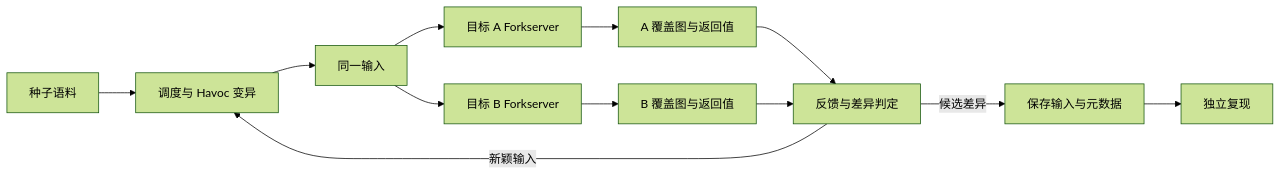
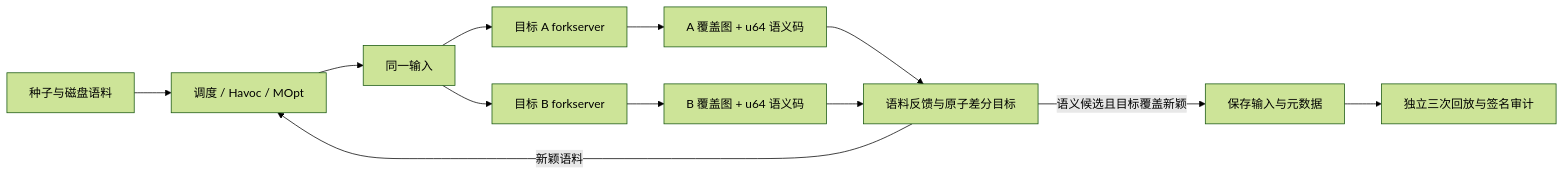
The diagram in README.md (jiuhao47/PairFuzz), drawn with Mermaid (forest theme) before and after one commit. The commit also changed other lines of this file, not shown here.

````diff
--- a/README.md
+++ b/README.md
@@ -57,14 +89,14 @@
 ```mermaid
 flowchart LR
-    A[种子语料] --> B[调度与 Havoc 变异]
+    A[种子与磁盘语料] --> B[调度 / Havoc / MOpt]
     B --> C[同一输入]
-    C --> D[目标 A Forkserver]
-    C --> E[目标 B Forkserver]
-    D --> F[A 覆盖图与返回值]
-    E --> G[B 覆盖图与返回值]
-    F --> H[反馈与差异判定]
+    C --> D[目标 A forkserver]
+    C --> E[目标 B forkserver]
+    D --> F[A 覆盖图 + u64 语义码]
+    E --> G[B 覆盖图 + u64 语义码]
+    F --> H[语料反馈与原子差分目标]
     G --> H
-    H -->|新颖输入| B
-    H -->|候选差异| I[保存输入与元数据]
-    I --> J[独立复现]
+    H -->|新颖语料| B
+    H -->|语义候选且目标覆盖新颖| I[保存输入与元数据]
+    I --> J[独立三次回放与签名审计]
 ```
````
